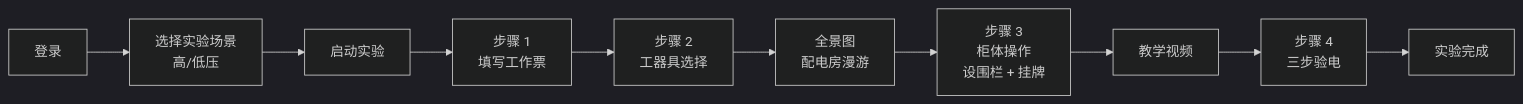
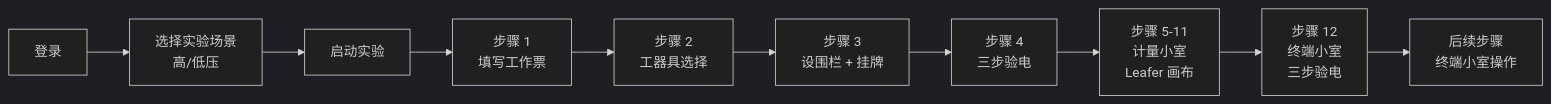
One commit to zhanzhan702/virtual-experiment changed the diagram in README.md. Above: the diagram before and after it, drawn with Mermaid (dark theme). The commit also changed other lines of this file, not shown here.

````diff
--- a/README.md
+++ b/README.md
@@ -136,12 +141,12 @@
 ```mermaid
 flowchart LR
     A[登录] --> B[选择实验场景<br/>高/低压]
     B --> C[启动实验]
     C --> D[步骤 1<br/>填写工作票]
     D --> E[步骤 2<br/>工器具选择]
-    E --> F[全景图<br/>配电房漫游]
-    F --> G[步骤 3<br/>柜体操作<br/>设围栏 + 挂牌]
-    G --> H[教学视频]
-    H --> I[步骤 4<br/>三步验电]
-    I --> J[实验完成]
+    E --> F[步骤 3<br/>设围栏 + 挂牌]
+    F --> G[步骤 4<br/>三步验电]
+    G --> H[步骤 5-11<br/>计量小室<br/>Leafer 画布]
+    H --> I[步骤 12<br/>终端小室<br/>三步验电]
+    I --> J[后续步骤<br/>终端小室操作]
 ```
````
